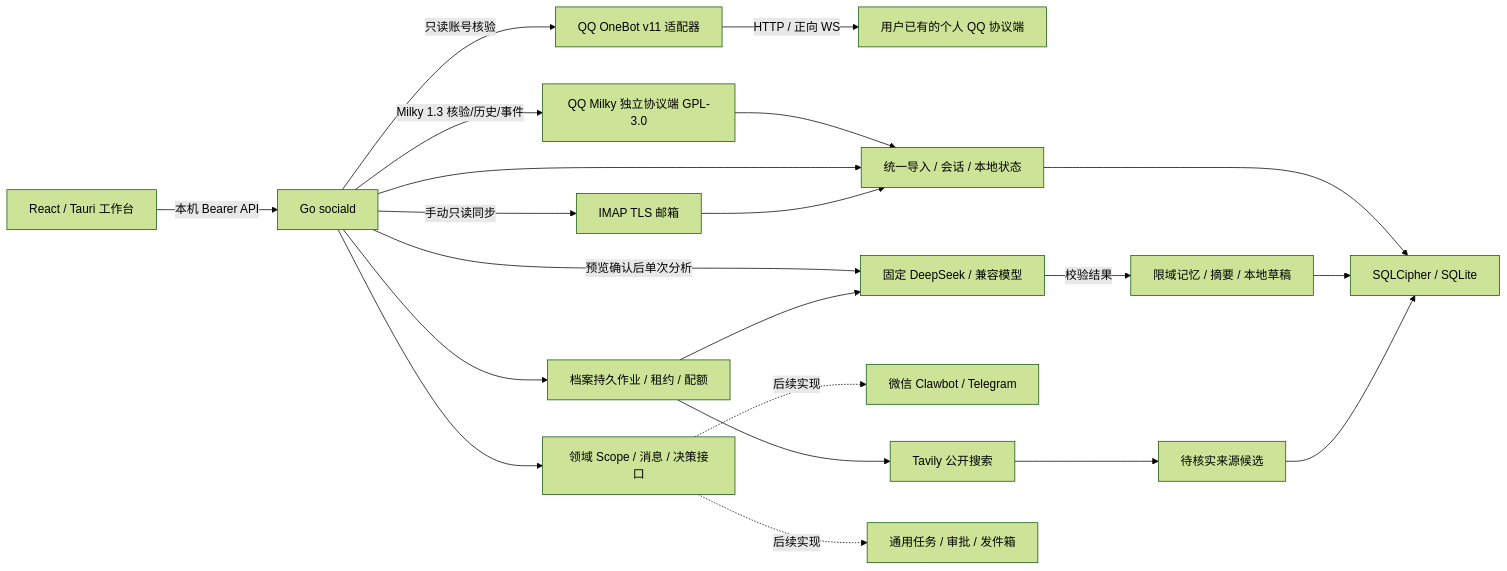
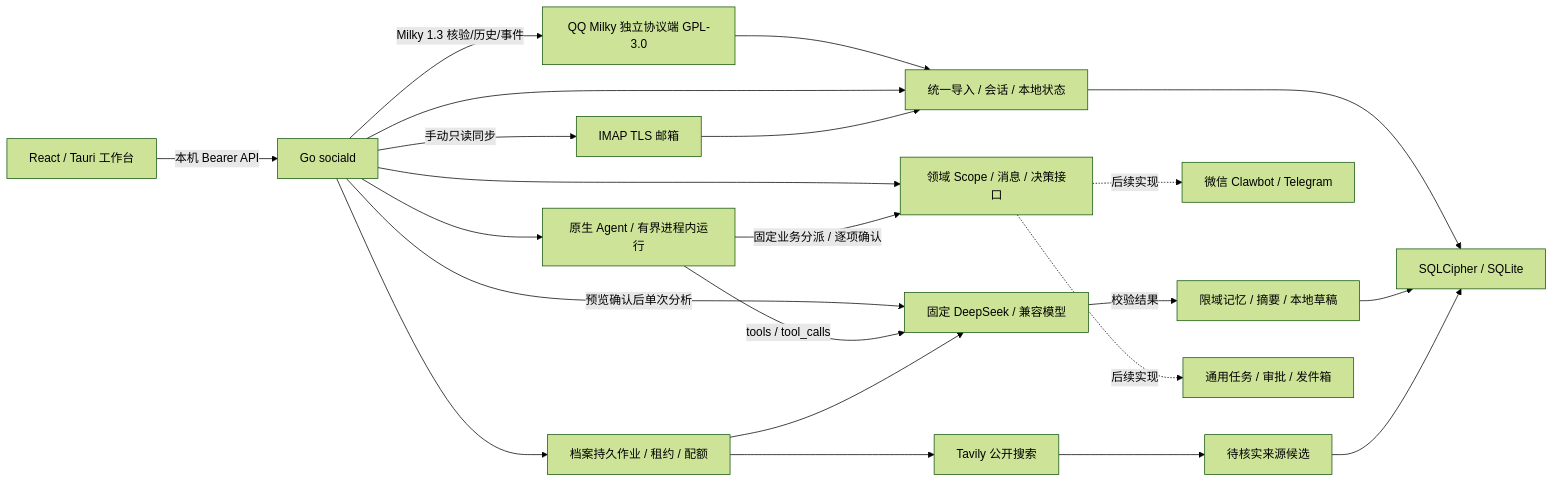
The diagram in README.md (qilinbro/msg-manager), drawn with Mermaid (forest theme) before and after one commit. The commit also changed other lines of this file and 312 other files, not shown here.

First line of the commit message:
feat(assistant): [T13] add native tools and minimal white UI

````diff
--- a/README.md
+++ b/README.md
@@ -94,23 +95,24 @@
 ```mermaid
 flowchart LR
     UI[React / Tauri 工作台] -->|本机 Bearer API| API[Go sociald]
-    API -->|只读账号核验| QQ[QQ OneBot v11 适配器]
-    QQ -->|HTTP / 正向 WS| PROVIDER[用户已有的个人 QQ 协议端]
     API -->|Milky 1.3 核验/历史/事件| MILKY[QQ Milky 独立协议端 GPL-3.0]
     MILKY --> INBOX
     API --> DOMAIN[领域 Scope / 消息 / 决策接口]
     API --> INBOX[统一导入 / 会话 / 本地状态]
     INBOX --> STORE[SQLCipher / SQLite]
     API -->|手动只读同步| EMAIL[IMAP TLS 邮箱]
     EMAIL --> INBOX
     API -->|预览确认后单次分析| AI[固定 DeepSeek / 兼容模型]
+    API --> ASSISTANT[原生 Agent / 有界进程内运行]
+    ASSISTANT -->|tools / tool_calls| AI
+    ASSISTANT -->|固定业务分派 / 逐项确认| DOMAIN
     AI -->|校验结果| MEMORY[限域记忆 / 摘要 / 本地草稿]
     MEMORY --> STORE
     DOMAIN -. 后续实现 .-> CONNECTOR[微信 Clawbot / Telegram]
     API --> JOBS[档案持久作业 / 租约 / 配额]
     JOBS --> AI
     JOBS --> SEARCH[Tavily 公开搜索]
     SEARCH --> CANDIDATE[待核实来源候选]
     CANDIDATE --> STORE
     DOMAIN -. 后续实现 .-> AGENT[通用任务 / 审批 / 发件箱]
 ```
````
